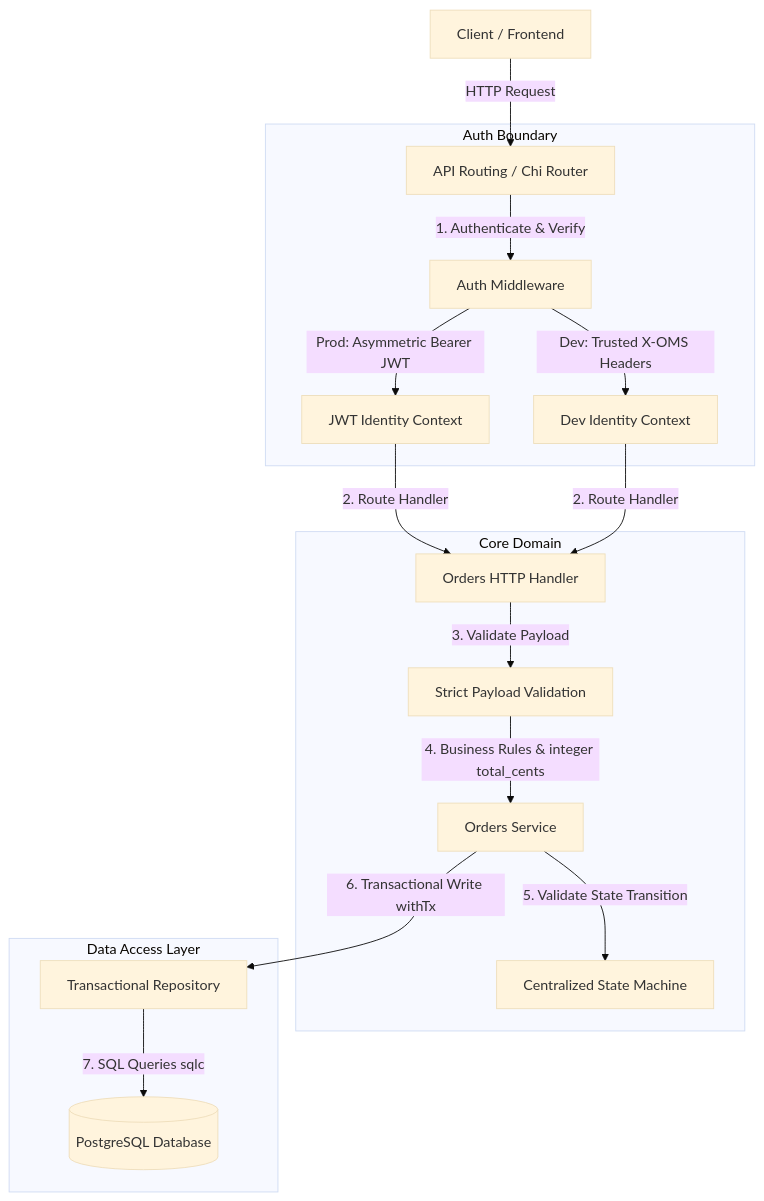
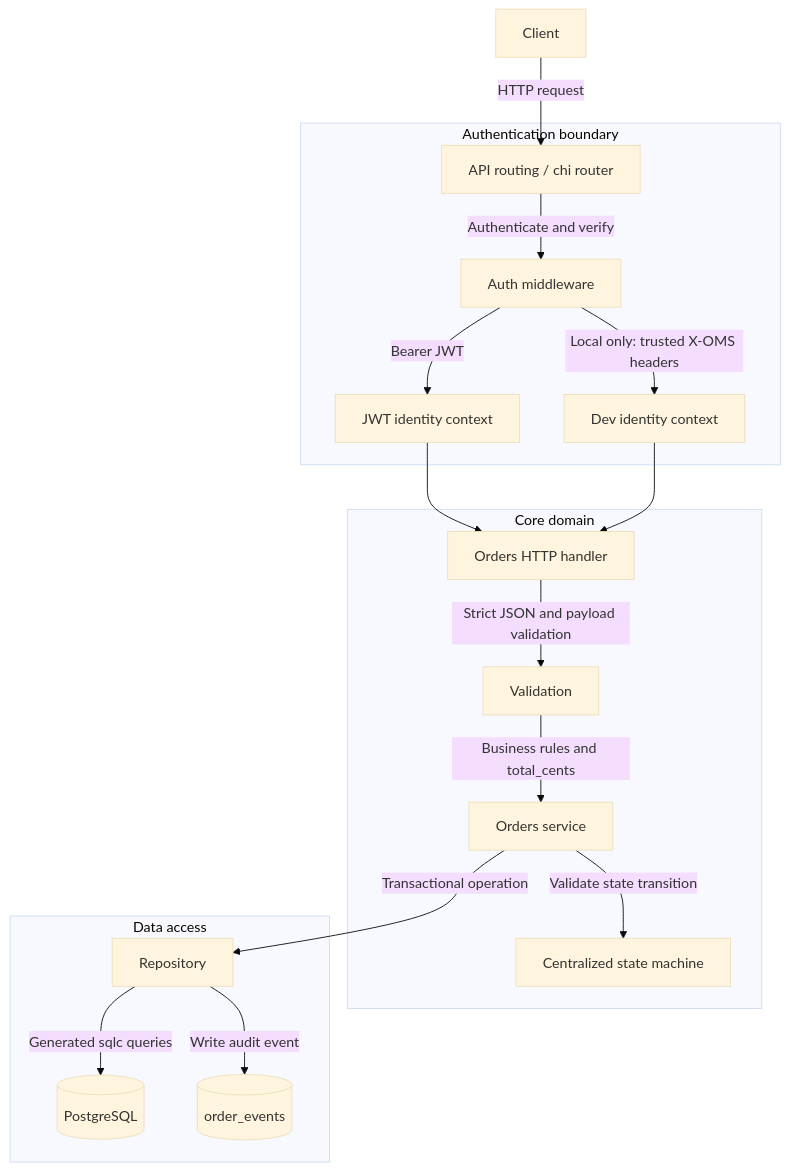
One commit to spasrichakkp/oms-go changed the first of 3 diagrams in README.md. Above: the diagram before and after it, drawn with Mermaid (base theme). The commit also changed other lines of this file, not shown here.

Commit message:
Document OMS V1 onboarding and API workflows

````diff
--- a/README.md
+++ b/README.md
@@ -12,24 +28,25 @@
 ```mermaid
 graph TD
-    Client[Client / Frontend] -->|HTTP Request| API[API Routing / Chi Router]
-    
-    subgraph Auth Boundary
-        API -->|1. Authenticate & Verify| Auth[Auth Middleware]
-        Auth -->|Dev: Trusted X-OMS Headers| DevMode[Dev Identity Context]
-        Auth -->|Prod: Asymmetric Bearer JWT| JWTMode[JWT Identity Context]
+    Client["Client"] -->|"HTTP request"| API["API routing / chi router"]
+
+    subgraph AuthBoundary["Authentication boundary"]
+        API -->|"Authenticate and verify"| Auth["Auth middleware"]
+        Auth -->|"Local only: trusted X-OMS headers"| DevMode["Dev identity context"]
+        Auth -->|"Bearer JWT"| JWTMode["JWT identity context"]
     end
-    
-    JWTMode -->|2. Route Handler| Handler[Orders HTTP Handler]
-    DevMode -->|2. Route Handler| Handler
-    
-    subgraph Core Domain
-        Handler -->|3. Validate Payload| Val[Strict Payload Validation]
-        Val -->|4. Business Rules & integer total_cents| Service[Orders Service]
-        Service -->|5. Validate State Transition| SM[Centralized State Machine]
+
+    JWTMode --> Handler["Orders HTTP handler"]
+    DevMode --> Handler
+
+    subgraph CoreDomain["Core domain"]
+        Handler -->|"Strict JSON and payload validation"| Validation["Validation"]
+        Validation -->|"Business rules and total_cents"| Service["Orders service"]
+        Service -->|"Validate state transition"| StateMachine["Centralized state machine"]
     end
-    
-    subgraph Data Access Layer
-        Service -->|6. Transactional Write withTx| Repo[Transactional Repository]
-        Repo -->|7. SQL Queries sqlc| DB[(PostgreSQL Database)]
+
+    subgraph DataAccess["Data access"]
+        Service -->|"Transactional operation"| Repository["Repository"]
+        Repository -->|"Generated sqlc queries"| Database[("PostgreSQL")]
+        Repository -->|"Write audit event"| Audit[("order_events")]
     end
 ```
````
